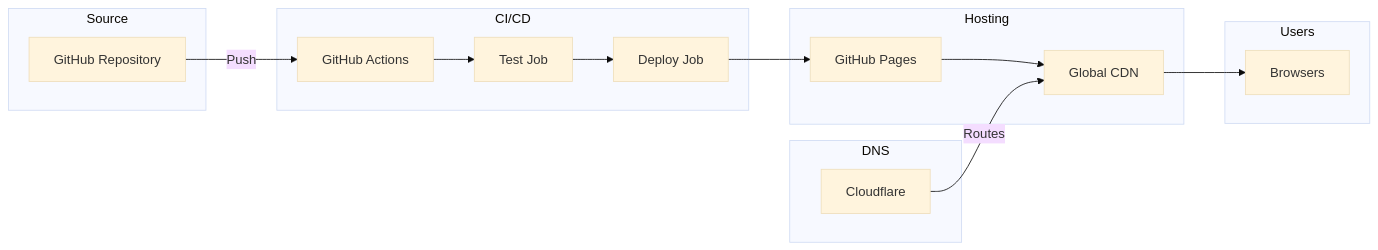
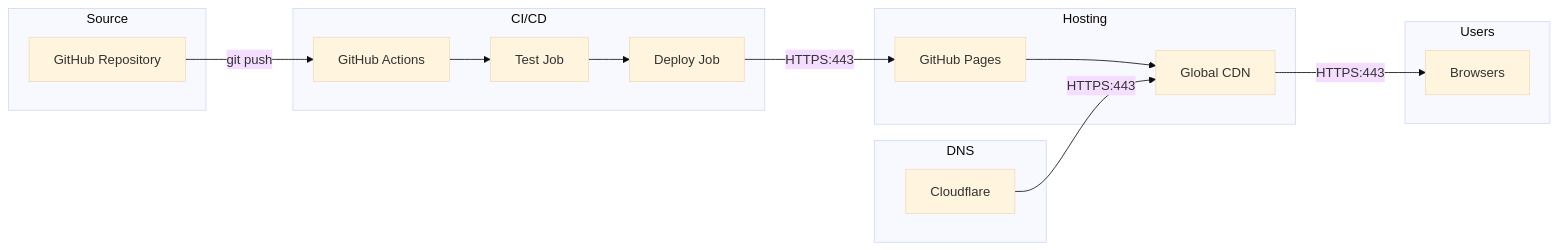
One commit to jeff-is-working/wa-bill-tracker changed the first of 5 diagrams in docs/DEPLOYMENT.md. Above: the diagram before and after it, drawn with Mermaid (base theme). The commit also changed other lines of this file and 6 other files, not shown here.

````diff
--- a/docs/DEPLOYMENT.md
+++ b/docs/DEPLOYMENT.md
@@ -25,31 +26,31 @@
 ```mermaid
 flowchart LR
     subgraph Source["Source"]
         REPO["GitHub Repository"]
     end
 
     subgraph CI["CI/CD"]
         ACTIONS["GitHub Actions"]
         TEST["Test Job"]
         DEPLOY["Deploy Job"]
     end
 
     subgraph Hosting["Hosting"]
         PAGES["GitHub Pages"]
         CDN["Global CDN"]
     end
 
     subgraph DNS["DNS"]
         CF["Cloudflare"]
     end
 
     subgraph Users["Users"]
         BROWSER["Browsers"]
     end
 
-    REPO -->|Push| ACTIONS
+    REPO -->|"git push"| ACTIONS
     ACTIONS --> TEST --> DEPLOY
-    DEPLOY --> PAGES --> CDN
-    CF -->|Routes| CDN
-    CDN --> BROWSER
+    DEPLOY -->|"HTTPS:443"| PAGES --> CDN
+    CF -->|"HTTPS:443"| CDN
+    CDN -->|"HTTPS:443"| BROWSER
 ```
````
